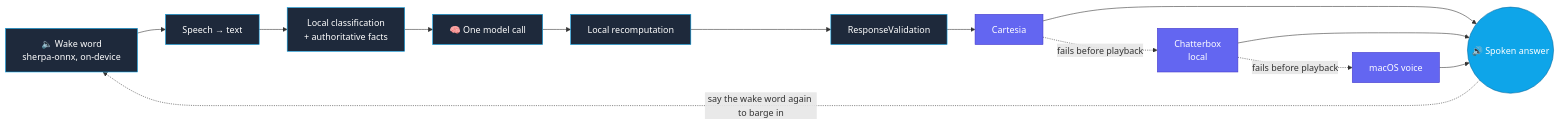
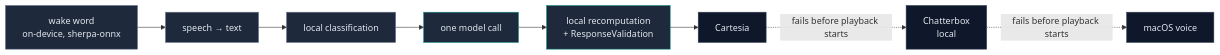
One commit to Sur27codes/FRIDAY changed the second of 2 diagrams in README.md. Above: the diagram before and after it, drawn with Mermaid. The commit also changed other lines of this file, not shown here.

````diff
--- a/README.md
+++ b/README.md
@@ -66,29 +49,25 @@
 ```mermaid
 graph LR
-    Wake["🔈 Wake word<br/>sherpa-onnx, on-device"]
-    STT["Speech → text"]
-    Local["Local classification<br/>+ authoritative facts"]
-    Model["🧠 One model call"]
-    Recompute["Local recomputation"]
-    Validate["ResponseValidation"]
-    TTS1["Cartesia"]
-    TTS2["Chatterbox<br/>local"]
-    TTS3["macOS voice"]
-    Out((🔊 Spoken answer))
+    Wake["wake word<br/>on-device, sherpa-onnx"]
+    STT["speech → text"]
+    Classify["local classification"]
+    Model["one model call"]
+    Check["local recomputation<br/>+ ResponseValidation"]
+    V1["Cartesia"]
+    V2["Chatterbox<br/>local"]
+    V3["macOS voice"]
 
-    Wake --> STT --> Local --> Model --> Recompute --> Validate
-    Validate --> TTS1
-    TTS1 -.->|fails before playback| TTS2
-    TTS2 -.->|fails before playback| TTS3
-    TTS1 --> Out
-    TTS2 --> Out
-    TTS3 --> Out
-    Out -.->|say the wake word again to barge in| Wake
+    Wake --> STT --> Classify --> Model --> Check
+    Check --> V1
+    V1 -.->|fails before playback starts| V2
+    V2 -.->|fails before playback starts| V3
 
-    classDef stage fill:#1e293b,stroke:#0ea5e9,color:#fff
-    classDef voice fill:#6366f1,stroke:#4338ca,color:#fff
-    classDef io fill:#0ea5e9,stroke:#0369a1,color:#fff
-    class Wake,STT,Local,Model,Recompute,Validate stage
-    class TTS1,TTS2,TTS3 voice
-    class Out io
+    style Wake fill:#1e293b,stroke:#64748b,color:#e2e8f0
+    style STT fill:#1e293b,stroke:#64748b,color:#e2e8f0
+    style Classify fill:#1e293b,stroke:#64748b,color:#e2e8f0
+    style Model fill:#1e293b,stroke:#0d9488,color:#e2e8f0
+    style Check fill:#1e293b,stroke:#0d9488,color:#e2e8f0
+    style V1 fill:#0f172a,stroke:#334155,color:#e2e8f0
+    style V2 fill:#0f172a,stroke:#334155,color:#e2e8f0
+    style V3 fill:#0f172a,stroke:#334155,color:#e2e8f0
 ```
````
